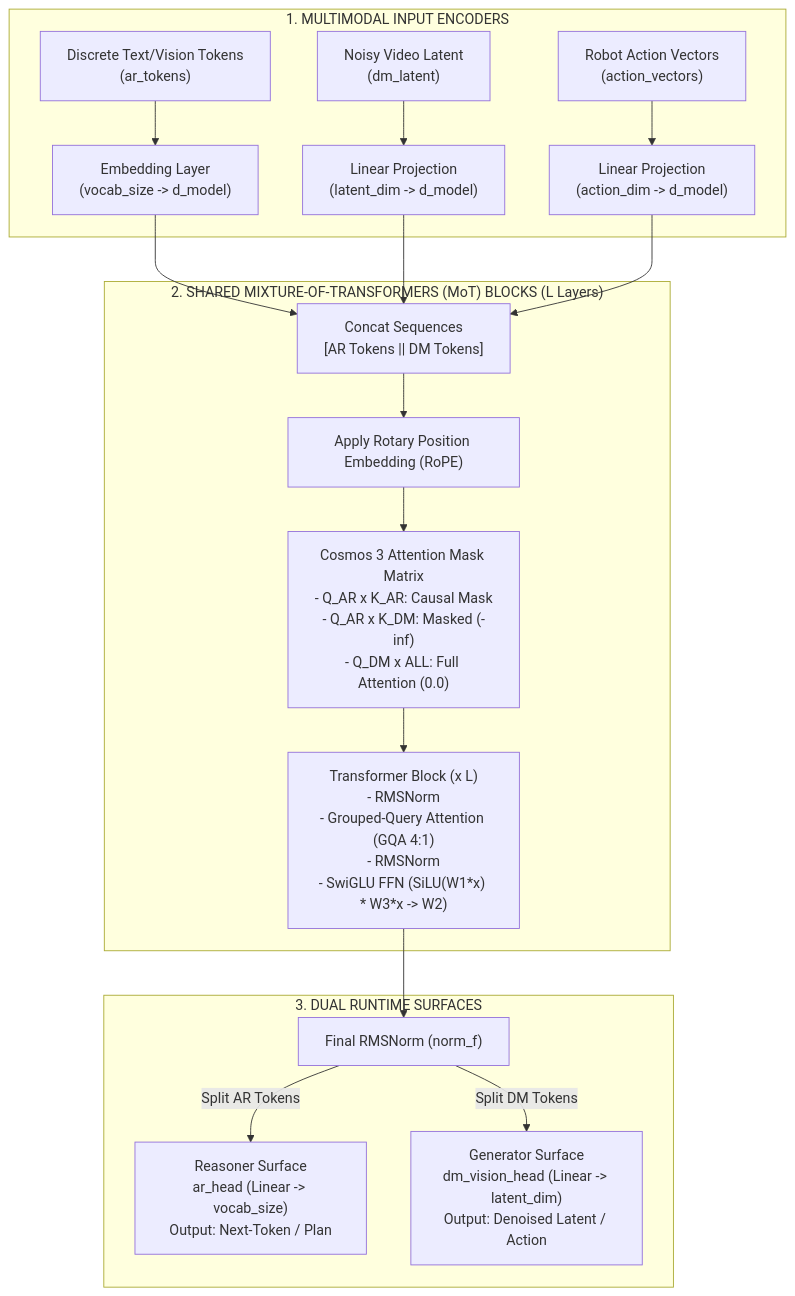
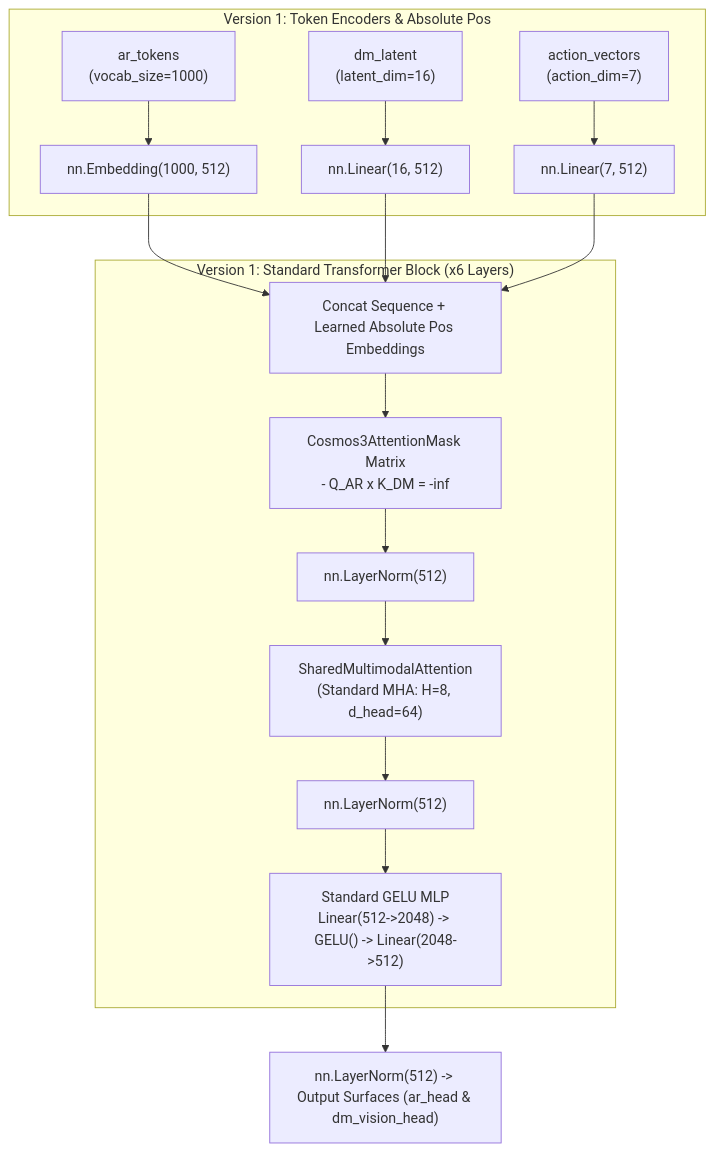
One commit to datascience180806/mini_cosmos changed the second of 8 diagrams in VERSION_COMPARISON.md. Above: the diagram before and after it, drawn with Mermaid. The commit also changed other lines of this file, not shown here.

Commit message:
Add dedicated standalone Mermaid architecture diagrams for every version (V0 through V7) in report Section 2

````diff
--- a/VERSION_COMPARISON.md
+++ b/VERSION_COMPARISON.md
@@ -124,26 +60,22 @@
 ```mermaid
 flowchart TD
-    subgraph INPUTS["1. MULTIMODAL INPUT ENCODERS"]
-        AR_IN["Discrete Text/Vision Tokens\n(ar_tokens)"] --> AR_EMB["Embedding Layer\n(vocab_size -> d_model)"]
-        DM_IN["Noisy Video Latent\n(dm_latent)"] --> DM_PROJ["Linear Projection\n(latent_dim -> d_model)"]
-        ACT_IN["Robot Action Vectors\n(action_vectors)"] --> ACT_PROJ["Linear Projection\n(action_dim -> d_model)"]
+    subgraph V1_INPUTS["Version 1: Token Encoders & Absolute Pos"]
+        V1_AR["ar_tokens\n(vocab_size=1000)"] --> V1_EMB["nn.Embedding(1000, 512)"]
+        V1_DM["dm_latent\n(latent_dim=16)"] --> V1_PROJ["nn.Linear(16, 512)"]
+        V1_ACT["action_vectors\n(action_dim=7)"] --> V1_ACT_PROJ["nn.Linear(7, 512)"]
     end
 
-    AR_EMB --> CAT["Concat Sequences\n[AR Tokens || DM Tokens]"]
-    DM_PROJ --> CAT
-    ACT_PROJ --> CAT
+    V1_EMB --> V1_CAT["Concat Sequence + Learned Absolute Pos Embeddings"]
+    V1_PROJ --> V1_CAT
+    V1_ACT_PROJ --> V1_CAT
 
-    subgraph BACKBONE["2. SHARED MIXTURE-OF-TRANSFORMERS (MoT) BLOCKS (L Layers)"]
-        CAT --> ROPE["Apply Rotary Position Embedding (RoPE)"]
-        ROPE --> MASK["Cosmos 3 Attention Mask Matrix\n- Q_AR x K_AR: Causal Mask\n- Q_AR x K_DM: Masked (-inf)\n- Q_DM x ALL: Full Attention (0.0)"]
-        
-        MASK --> BLOCK["Transformer Block (x L)\n- RMSNorm\n- Grouped-Query Attention (GQA 4:1)\n- RMSNorm\n- SwiGLU FFN (SiLU(W1*x) * W3*x -> W2)"]
+    subgraph V1_BLOCKS["Version 1: Standard Transformer Block (x6 Layers)"]
+        V1_CAT --> V1_MASK["Cosmos3AttentionMask Matrix\n- Q_AR x K_DM = -inf"]
+        V1_MASK --> V1_LN1["nn.LayerNorm(512)"]
+        V1_LN1 --> V1_MHA["SharedMultimodalAttention\n(Standard MHA: H=8, d_head=64)"]
+        V1_MHA --> V1_LN2["nn.LayerNorm(512)"]
+        V1_LN2 --> V1_GELU["Standard GELU MLP\nLinear(512->2048) -> GELU() -> Linear(2048->512)"]
     end
 
-    BLOCK --> NORM["Final RMSNorm (norm_f)"]
-
-    subgraph OUTPUTS["3. DUAL RUNTIME SURFACES"]
-        NORM --> |Split AR Tokens| REASONER["Reasoner Surface\nar_head (Linear -> vocab_size)\nOutput: Next-Token / Plan"]
-        NORM --> |Split DM Tokens| GENERATOR["Generator Surface\ndm_vision_head (Linear -> latent_dim)\nOutput: Denoised Latent / Action"]
-    end
+    V1_GELU --> V1_OUT["nn.LayerNorm(512) -> Output Surfaces (ar_head & dm_vision_head)"]
 ```
````
